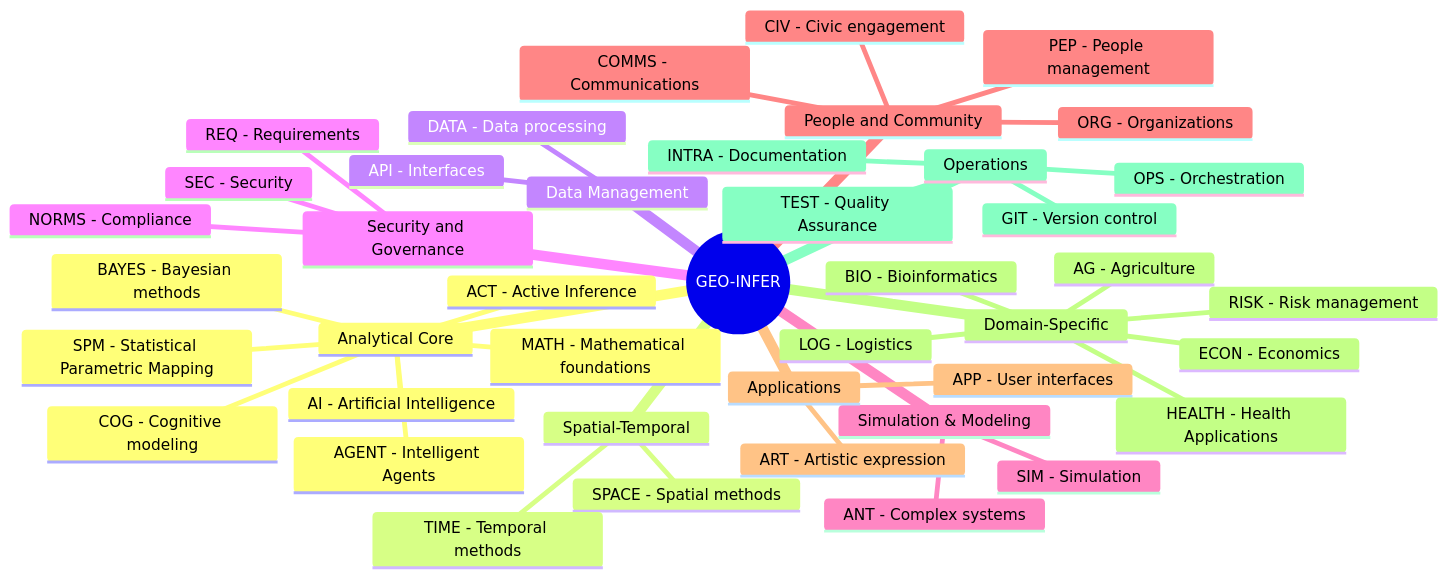
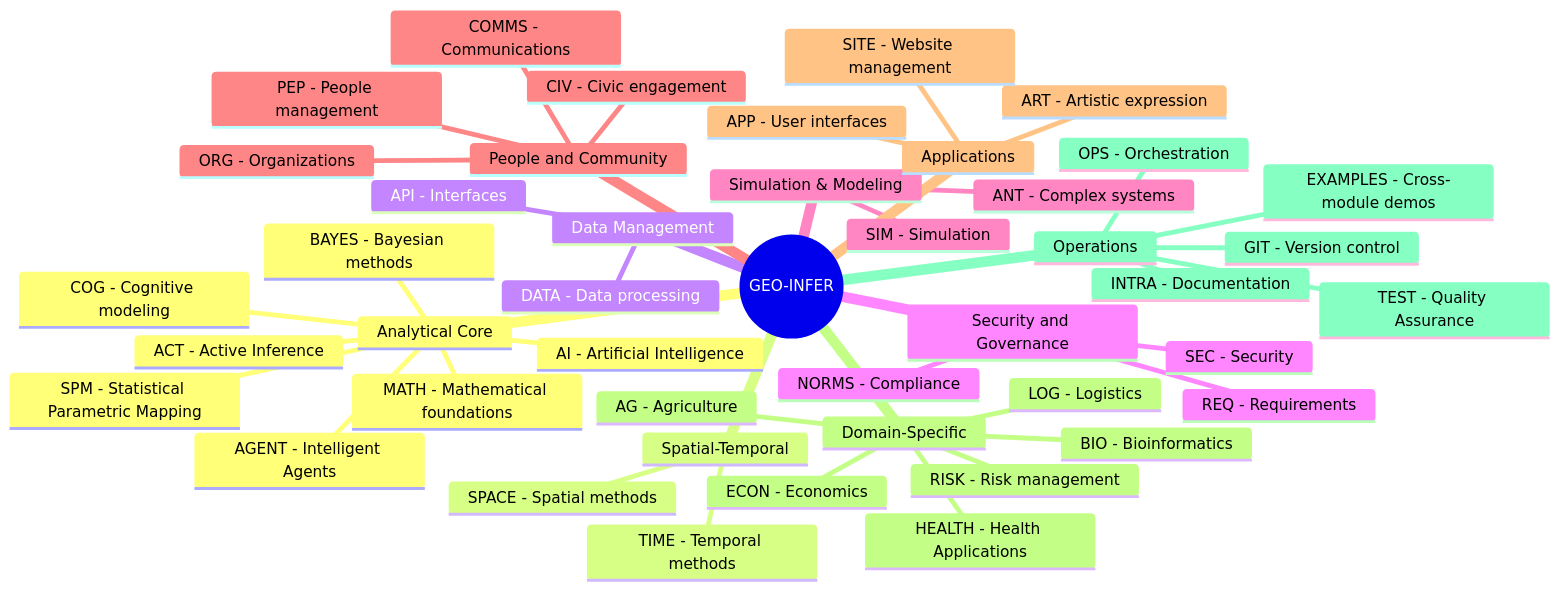
One commit to ActiveInferenceInstitute/GEO-INFER changed the first of 5 diagrams in README.md. Above: the diagram before and after it, drawn with Mermaid. The commit also changed other lines of this file and 14 other files, not shown here.

````diff
--- a/README.md
+++ b/README.md
@@ -27,45 +27,47 @@
 ```mermaid
 mindmap
   root((GEO-INFER))
     Analytical Core
       ACT - Active Inference
       BAYES - Bayesian methods
       AI - Artificial Intelligence
       MATH - Mathematical foundations
       COG - Cognitive modeling
       AGENT - Intelligent Agents
       SPM - Statistical Parametric Mapping
     Spatial-Temporal
       SPACE - Spatial methods
       TIME - Temporal methods
     Data Management
       DATA - Data processing
       API - Interfaces
     Security and Governance
       SEC - Security
       NORMS - Compliance
       REQ - Requirements
     Simulation & Modeling
       SIM - Simulation
       ANT - Complex systems
     People and Community
       CIV - Civic engagement
       PEP - People management
       ORG - Organizations
       COMMS - Communications
     Applications
       APP - User interfaces
       ART - Artistic expression
+      SITE - Website management
     Domain-Specific
       AG - Agriculture
       ECON - Economics
       RISK - Risk management
       LOG - Logistics
       BIO - Bioinformatics
       HEALTH - Health Applications
     Operations
       OPS - Orchestration
       INTRA - Documentation
       GIT - Version control
       TEST - Quality Assurance
+      EXAMPLES - Cross-module demos
 ```
````
